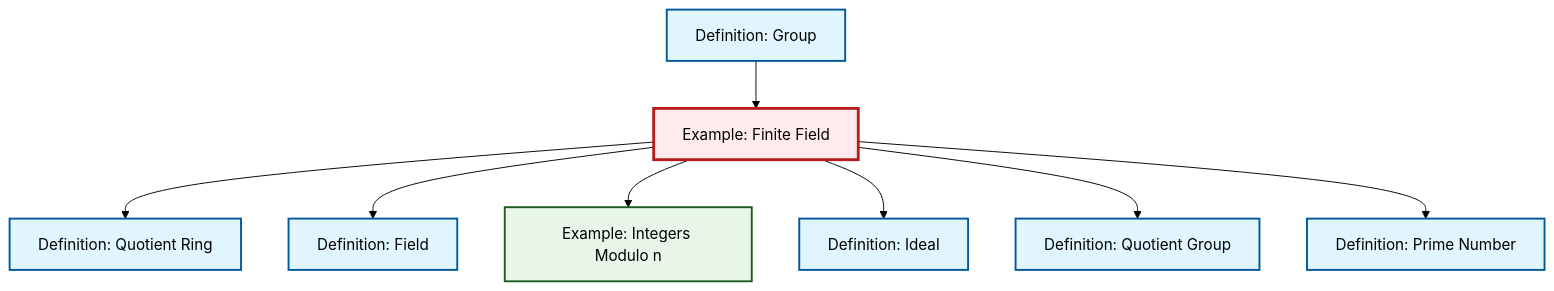
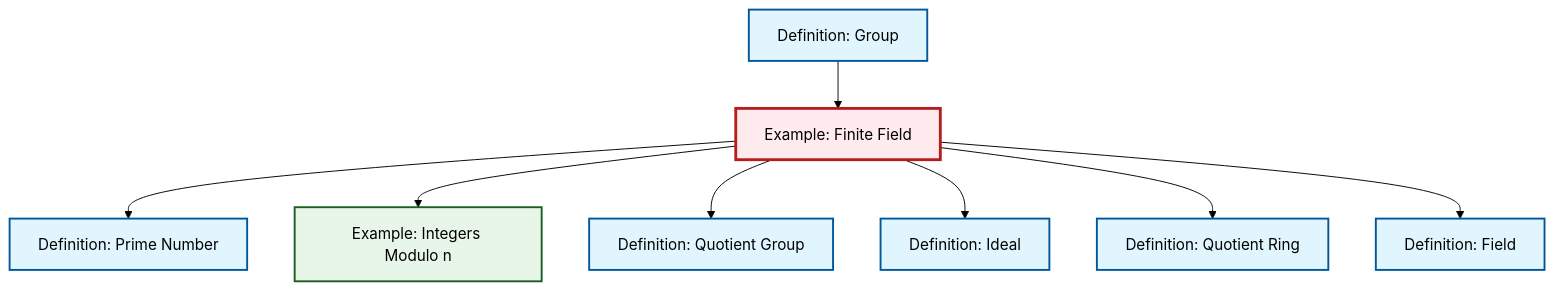
Before and after one commit to RK0429/ModernMath: the diagram in content/ja/algebra/ex-finite-field.qmd, drawn with Mermaid (forest theme). The commit also changed other lines of this file and 634 other files, not shown here.

First line of the commit message:
feat: Add prime ideal definition with comprehensive cross-references

````diff
--- a/content/ja/algebra/ex-finite-field.qmd
+++ b/content/ja/algebra/ex-finite-field.qmd
@@ -67,32 +67,32 @@
 ```{mermaid}
 %%| fig-cap: "Local dependency graph"
 graph TD
     classDef definition fill:#e1f5fe,stroke:#01579b,stroke-width:2px
     classDef theorem fill:#f3e5f5,stroke:#4a148c,stroke-width:2px
     classDef axiom fill:#fff3e0,stroke:#e65100,stroke-width:2px
     classDef example fill:#e8f5e9,stroke:#1b5e20,stroke-width:2px
     classDef current fill:#ffebee,stroke:#b71c1c,stroke-width:3px
-    def-prime["Definition: Prime Number"]:::definition
-    ex-finite-field["Example: Finite Field"]:::example
     def-group["Definition: Group"]:::definition
-    def-ideal["Definition: Ideal"]:::definition
+    def-quotient-ring["Definition: Quotient Ring"]:::definition
     def-quotient-group["Definition: Quotient Group"]:::definition
     ex-quotient-integers-mod-n["Example: Integers Modulo n"]:::example
-    def-quotient-ring["Definition: Quotient Ring"]:::definition
+    ex-finite-field["Example: Finite Field"]:::example
     def-field["Definition: Field"]:::definition
+    def-prime["Definition: Prime Number"]:::definition
+    def-ideal["Definition: Ideal"]:::definition
+    def-group --> ex-finite-field
+    ex-finite-field --> def-prime
+    ex-finite-field --> ex-quotient-integers-mod-n
+    ex-finite-field --> def-quotient-group
+    ex-finite-field --> def-ideal
     ex-finite-field --> def-quotient-ring
     ex-finite-field --> def-field
-    def-group --> ex-finite-field
-    ex-finite-field --> ex-quotient-integers-mod-n
-    ex-finite-field --> def-ideal
-    ex-finite-field --> def-quotient-group
-    ex-finite-field --> def-prime
     class ex-finite-field current
-    click def-prime "def-prime.html" "Definition: Prime Numberへ"
     click def-group "def-group.html" "Definition: Groupへ"
-    click def-ideal "def-ideal.html" "Definition: Idealへ"
+    click def-quotient-ring "def-quotient-ring.html" "Definition: Quotient Ringへ"
     click def-quotient-group "def-quotient-group.html" "Definition: Quotient Groupへ"
     click ex-quotient-integers-mod-n "ex-quotient-integers-mod-n.html" "Example: Integers Modulo nへ"
-    click def-quotient-ring "def-quotient-ring.html" "Definition: Quotient Ringへ"
     click def-field "def-field.html" "Definition: Fieldへ"
+    click def-prime "def-prime.html" "Definition: Prime Numberへ"
+    click def-ideal "def-ideal.html" "Definition: Idealへ"
 ```
````
